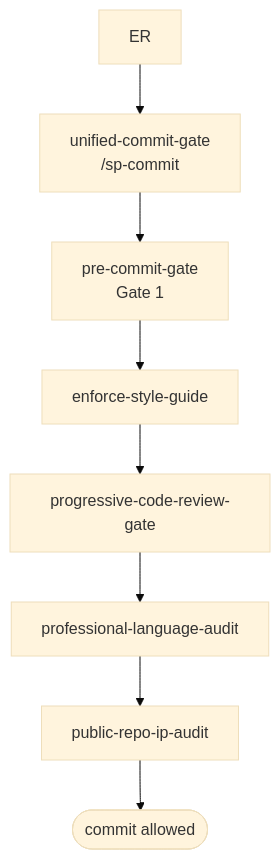
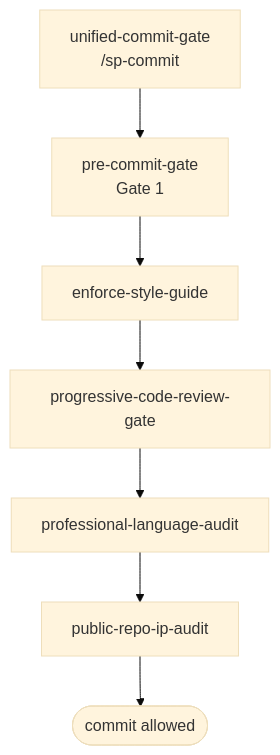
One commit to bordenet/superpowers-plus changed the second of 6 diagrams in docs/SKILL_TAXONOMY.md. Above: the diagram before and after it, drawn with Mermaid (base theme). The commit also changed other lines of this file and 8 other files, not shown here.

````diff
--- a/docs/SKILL_TAXONOMY.md
+++ b/docs/SKILL_TAXONOMY.md
@@ -142,12 +108,12 @@
 ```mermaid
 flowchart TD
     UCG[unified-commit-gate<br/>/sp-commit]
     PCG[pre-commit-gate<br/>Gate 1]
     ESG[enforce-style-guide]
     PCRG[progressive-code-review-gate]
     PLA[professional-language-audit]
     PRIA[public-repo-ip-audit]
     DONE([commit allowed])
 
-    ER --> UCG --> PCG --> ESG --> PCRG --> PLA --> PRIA --> DONE
+    UCG --> PCG --> ESG --> PCRG --> PLA --> PRIA --> DONE
 ```
````
